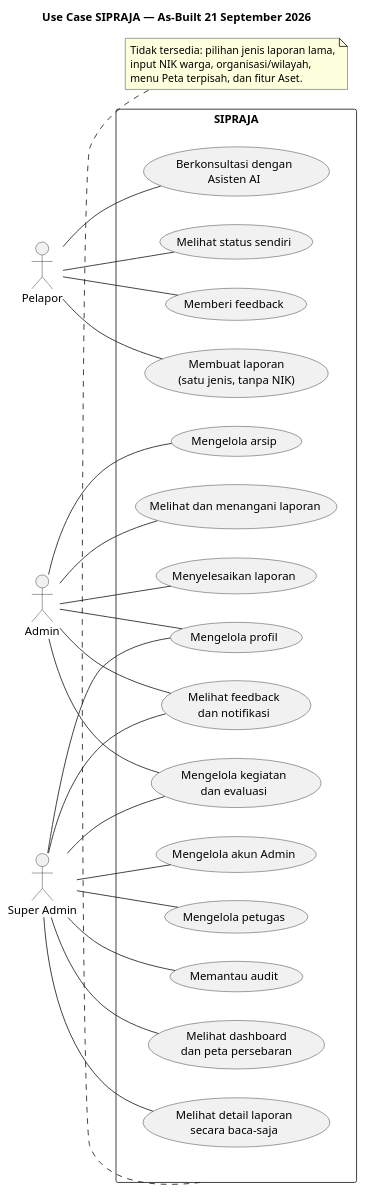
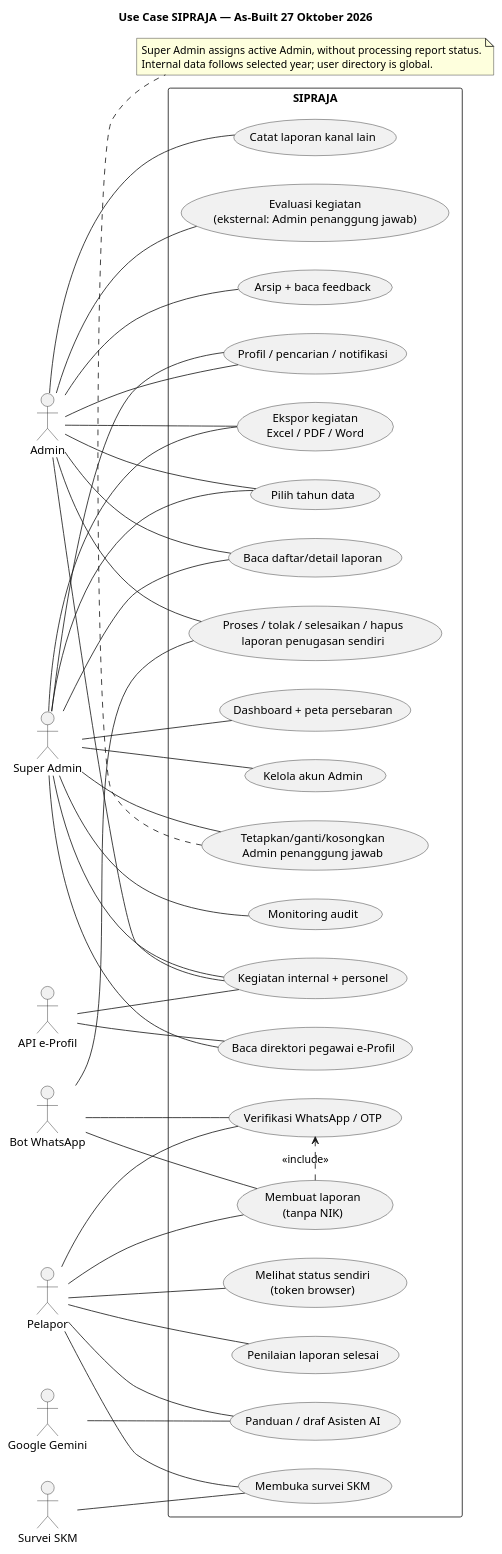
The diagram in docs/SIPRAJA-use-case.puml (Samuel-smr/Satpolpp), drawn with PlantUML before and after one commit. The commit also changed 17 other files, not shown here.

Commit message:
Perbarui dokumentasi dan diagram SIPRAJA sesuai sistem terkini

```diff
--- a/docs/SIPRAJA-use-case.puml
+++ b/docs/SIPRAJA-use-case.puml
@@ -1,54 +1,70 @@
 @startuml
-title Use Case SIPRAJA — As-Built 21 September 2026
+title Use Case SIPRAJA — As-Built 27 Oktober 2026
 left to right direction
 actor Pelapor
 actor Admin
 actor "Super Admin" as SuperAdmin
-
+actor "API e-Profil" as Eprofil
+actor "Bot WhatsApp" as WA
+actor "Google Gemini" as Gemini
+actor "Survei SKM" as SKM
 rectangle SIPRAJA {
-  usecase "Membuat laporan\n(satu jenis, tanpa NIK)" as UC1
-  usecase "Berkonsultasi dengan\nAsisten AI" as UC2
-  usecase "Melihat status sendiri" as UC3
-  usecase "Memberi feedback" as UC4
-
-  usecase "Melihat dan menangani laporan" as UC5
-  usecase "Menyelesaikan laporan" as UC6
-  usecase "Mengelola kegiatan\ndan evaluasi" as UC7
-  usecase "Mengelola arsip" as UC8
-  usecase "Melihat feedback\ndan notifikasi" as UC9
-
-  usecase "Melihat dashboard\ndan peta persebaran" as UC10
-  usecase "Melihat detail laporan\nsecara baca-saja" as UC11
-  usecase "Mengelola akun Admin" as UC12
-  usecase "Mengelola petugas" as UC13
-  usecase "Memantau audit" as UC14
-  usecase "Mengelola profil" as UC15
+  usecase "Verifikasi WhatsApp / OTP" as OTP
+  usecase "Membuat laporan\n(tanpa NIK)" as Report
+  usecase "Panduan / draf Asisten AI" as AI
+  usecase "Melihat status sendiri\n(token browser)" as Status
+  usecase "Penilaian laporan selesai" as Feedback
+  usecase "Membuka survei SKM" as Survey
+  usecase "Pilih tahun data" as Year
+  usecase "Baca daftar/detail laporan" as Read
+  usecase "Catat laporan kanal lain" as Create
+  usecase "Tetapkan/ganti/kosongkan\nAdmin penanggung jawab" as Assign
+  usecase "Proses / tolak / selesaikan / hapus\nlaporan penugasan sendiri" as Process
+  usecase "Kegiatan internal + personel" as Activity
+  usecase "Evaluasi kegiatan\n(eksternal: Admin penanggung jawab)" as Evaluate
+  usecase "Ekspor kegiatan\nExcel / PDF / Word" as Export
+  usecase "Arsip + baca feedback" as Archive
+  usecase "Dashboard + peta persebaran" as Dashboard
+  usecase "Kelola akun Admin" as Users
+  usecase "Baca direktori pegawai e-Profil" as Employees
+  usecase "Monitoring audit" as Audit
+  usecase "Profil / pencarian / notifikasi" as Common
 }
-
-Pelapor -- UC1
-Pelapor -- UC2
-Pelapor -- UC3
-Pelapor -- UC4
-
-Admin -- UC5
-Admin -- UC6
-Admin -- UC7
-Admin -- UC8
-Admin -- UC9
-Admin -- UC15
-
-SuperAdmin -- UC7
-SuperAdmin -- UC9
-SuperAdmin -- UC10
-SuperAdmin -- UC11
-SuperAdmin -- UC12
-SuperAdmin -- UC13
-SuperAdmin -- UC14
-SuperAdmin -- UC15
-
-note bottom of SIPRAJA
-  Tidak tersedia: pilihan jenis laporan lama,
-  input NIK warga, organisasi/wilayah,
-  menu Peta terpisah, dan fitur Aset.
+Pelapor -- OTP
+Pelapor -- Report
+Pelapor -- AI
+Pelapor -- Status
+Pelapor -- Feedback
+Pelapor -- Survey
+Report .> OTP : <<include>>
+WA -- OTP
+WA -- Report
+WA -- Process
+Gemini -- AI
+SKM -- Survey
+Admin -- Year
+Admin -- Read
+Admin -- Create
+Admin -- Process
+Admin -- Activity
+Admin -- Evaluate
+Admin -- Export
+Admin -- Archive
+Admin -- Common
+SuperAdmin -- Year
+SuperAdmin -- Read
+SuperAdmin -- Assign
+SuperAdmin -- Activity
+SuperAdmin -- Export
+SuperAdmin -- Dashboard
+SuperAdmin -- Users
+SuperAdmin -- Employees
+SuperAdmin -- Audit
+SuperAdmin -- Common
+Eprofil -- Employees
+Eprofil -- Activity
+note bottom of Assign
+  Super Admin assigns active Admin, without processing report status.
+  Internal data follows selected year; user directory is global.
 end note
 @enduml
```
